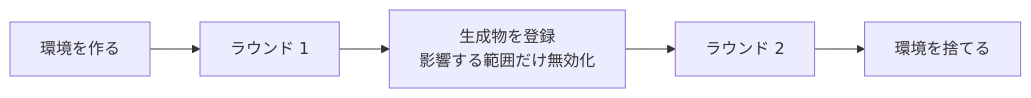
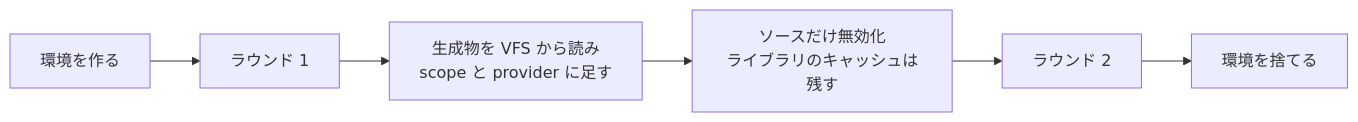
One commit to TBSten/analysis-code-gen changed the second of 2 diagrams in docs/site/src/content/docs/internal/analysis-environment.mdx. Above: the diagram before and after it, drawn with Mermaid. The commit also changed other lines of this file and 1 other file, not shown here.

````diff
--- a/docs/site/src/content/docs/internal/analysis-environment.mdx
+++ b/docs/site/src/content/docs/internal/analysis-environment.mdx
@@ -78,7 +79,8 @@
 ```mermaid
 flowchart LR
     S["環境を作る"] --> R1["ラウンド 1"]
-    R1 --> U["生成物を登録<br/>影響する範囲だけ無効化"]
-    U --> R2["ラウンド 2"]
+    R1 --> U["生成物を VFS から読み<br/>scope と provider に足す"]
+    U --> I["ソースだけ無効化<br/>ライブラリのキャッシュは残す"]
+    I --> R2["ラウンド 2"]
     R2 --> E["環境を捨てる"]
 ```
````
